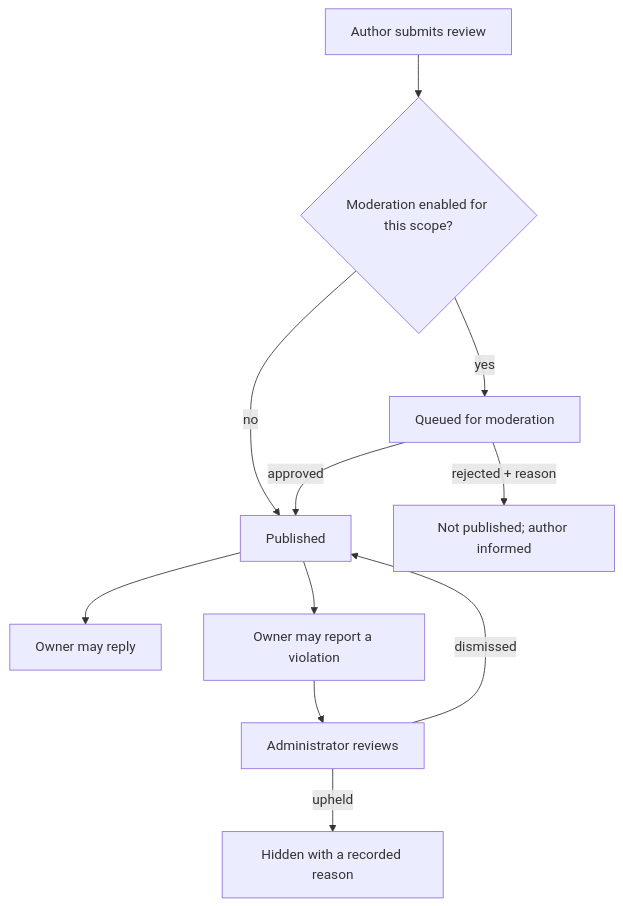
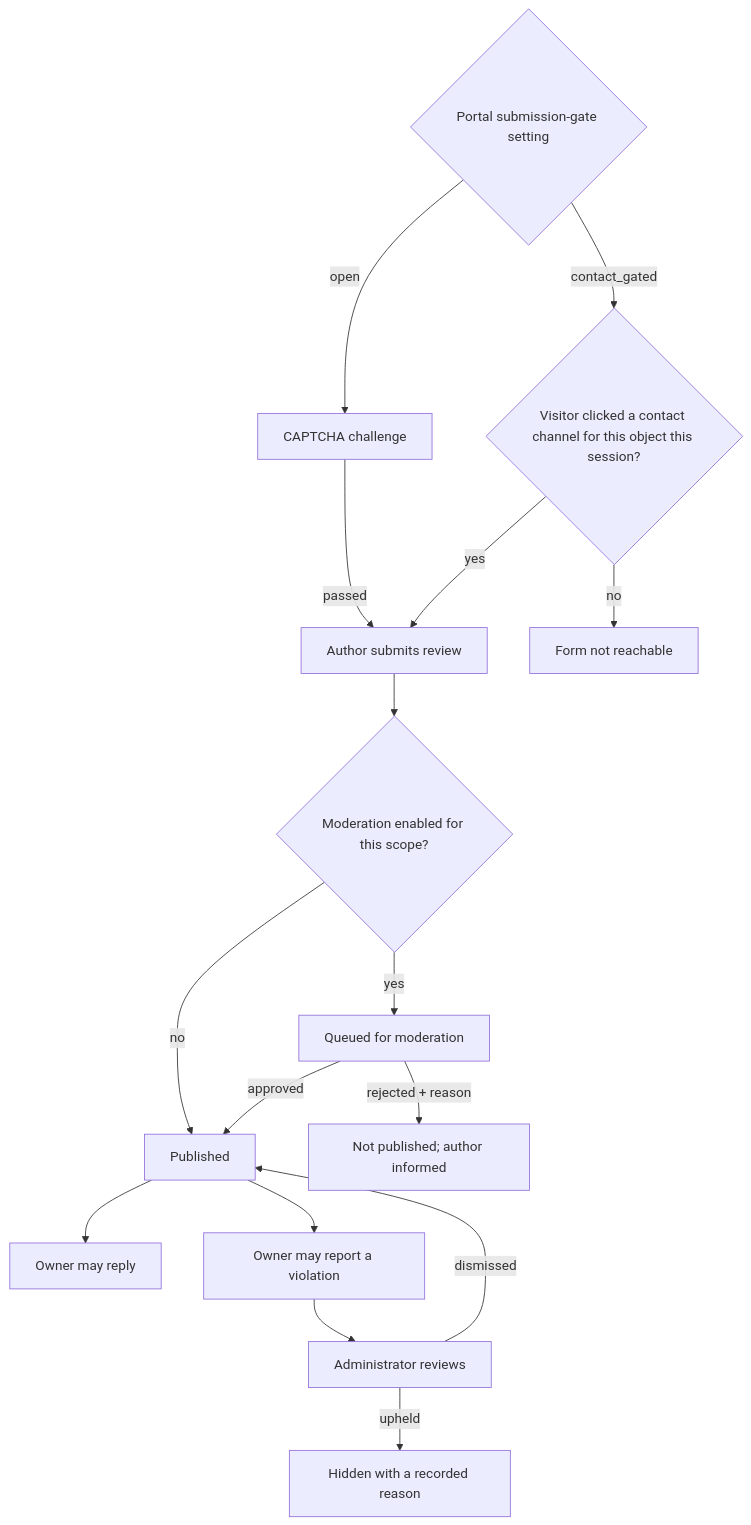
Before and after one commit to teratron/booking: the second of 2 diagrams in .design/main/specifications/l1-object-profile.md, drawn with Mermaid. The commit also changed other lines of this file and 5 other files, not shown here.

````diff
--- a/.design/main/specifications/l1-object-profile.md
+++ b/.design/main/specifications/l1-object-profile.md
@@ -220,13 +266,18 @@
 ```mermaid
 graph TD
-    A[Author submits review] --> B{Moderation enabled for this scope?}
+    Z{Portal submission-gate setting} -->|open| Z1[CAPTCHA challenge]
+    Z -->|contact_gated| Z2{Visitor clicked a contact channel for this object this session?}
+    Z1 -->|passed| A[Author submits review]
+    Z2 -->|yes| A
+    Z2 -->|no| Z3[Form not reachable]
+    A --> B{Moderation enabled for this scope?}
     B -->|yes| C[Queued for moderation]
     B -->|no| D[Published]
     C -->|approved| D
     C -->|rejected + reason| E[Not published; author informed]
     D --> F[Owner may reply]
     D --> G[Owner may report a violation]
     G --> H[Administrator reviews]
     H -->|upheld| I[Hidden with a recorded reason]
     H -->|dismissed| D
 ```
````
